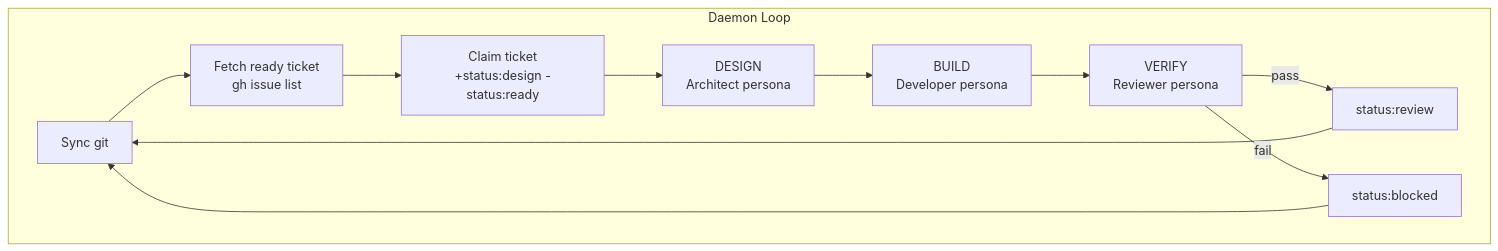
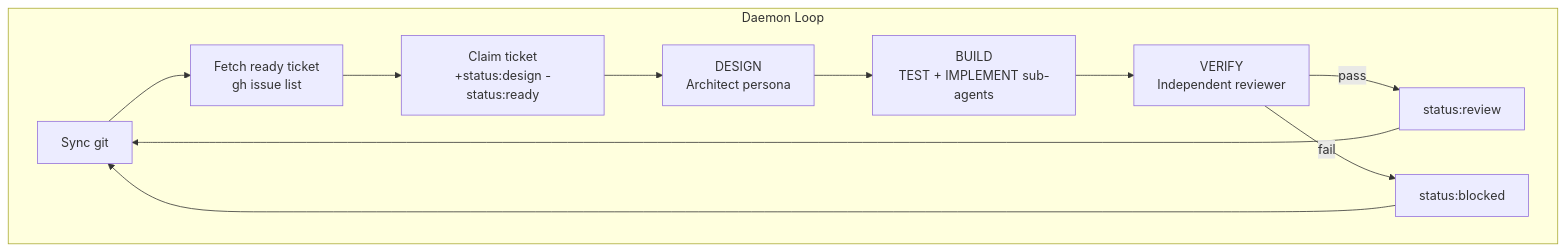
One commit to samdharma/ralph_loop changed the second of 2 diagrams in README.md. Above: the diagram before and after it, drawn with Mermaid. The commit also changed other lines of this file and 1 other file, not shown here.

````diff
--- a/README.md
+++ b/README.md
@@ -41,14 +53,14 @@
 ```mermaid
 flowchart TB
     subgraph Loop["Daemon Loop"]
         S[Sync git] --> F[Fetch ready ticket<br/>gh issue list]
         F --> C[Claim ticket<br/>+status:design -status:ready]
         C --> D[DESIGN<br/>Architect persona]
-        D --> B[BUILD<br/>Developer persona]
-        B --> V[VERIFY<br/>Reviewer persona]
+        D --> B[BUILD<br/>TEST + IMPLEMENT sub-agents]
+        B --> V[VERIFY<br/>Independent reviewer]
         V -->|pass| R[status:review]
         V -->|fail| BL[status:blocked]
         R --> S
         BL --> S
     end
 ```
````
